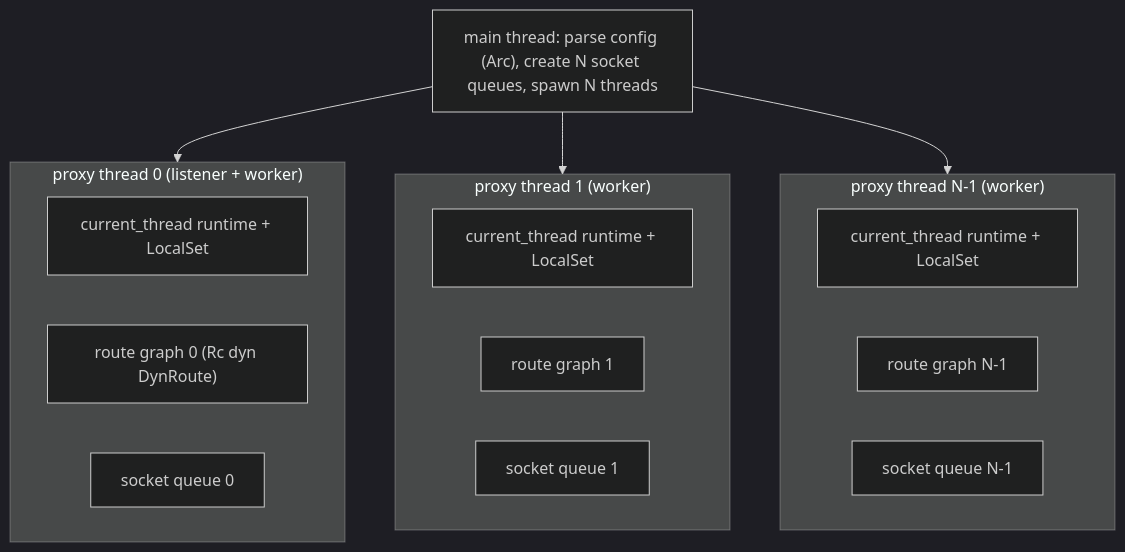
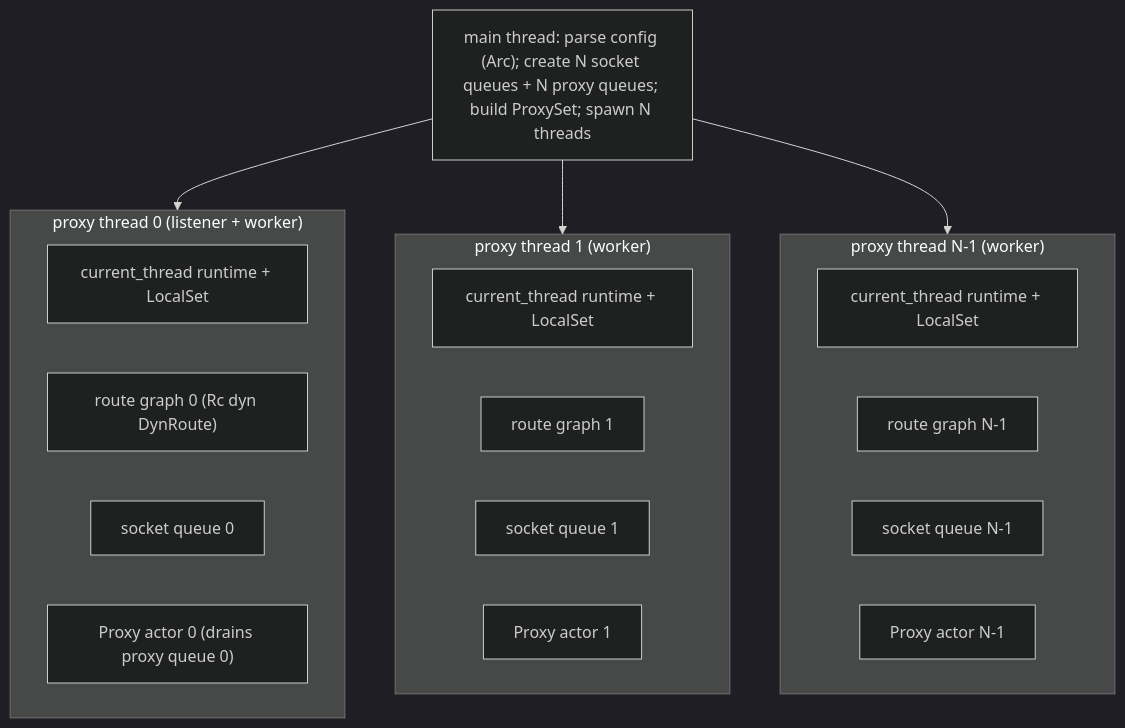
Before and after one commit to raydatray/rusty-mcrouter: the first of 4 diagrams in docs/architecture/threading-model.md, drawn with Mermaid (dark theme). The commit also changed other lines of this file and 1 other file, not shown here.

````diff
--- a/docs/architecture/threading-model.md
+++ b/docs/architecture/threading-model.md
@@ -41,22 +56,25 @@
 ```mermaid
 flowchart TB
-  MAIN["main thread: parse config (Arc), create N socket queues, spawn N threads"]
+  MAIN["main thread: parse config (Arc); create N socket queues + N proxy queues; build ProxySet; spawn N threads"]
   subgraph T0["proxy thread 0 (listener + worker)"]
     R0["current_thread runtime + LocalSet"]
     G0["route graph 0 (Rc dyn DynRoute)"]
-    Q0["socket queue 0"]
+    SQ0["socket queue 0"]
+    PA0["Proxy actor 0 (drains proxy queue 0)"]
   end
   subgraph T1["proxy thread 1 (worker)"]
     R1["current_thread runtime + LocalSet"]
     G1["route graph 1"]
-    Q1["socket queue 1"]
+    SQ1["socket queue 1"]
+    PA1["Proxy actor 1"]
   end
   subgraph TN["proxy thread N-1 (worker)"]
     RN["current_thread runtime + LocalSet"]
     GN["route graph N-1"]
-    QN["socket queue N-1"]
+    SQN["socket queue N-1"]
+    PAN["Proxy actor N-1"]
   end
   MAIN --> T0
   MAIN --> T1
   MAIN --> TN
 ```
````
